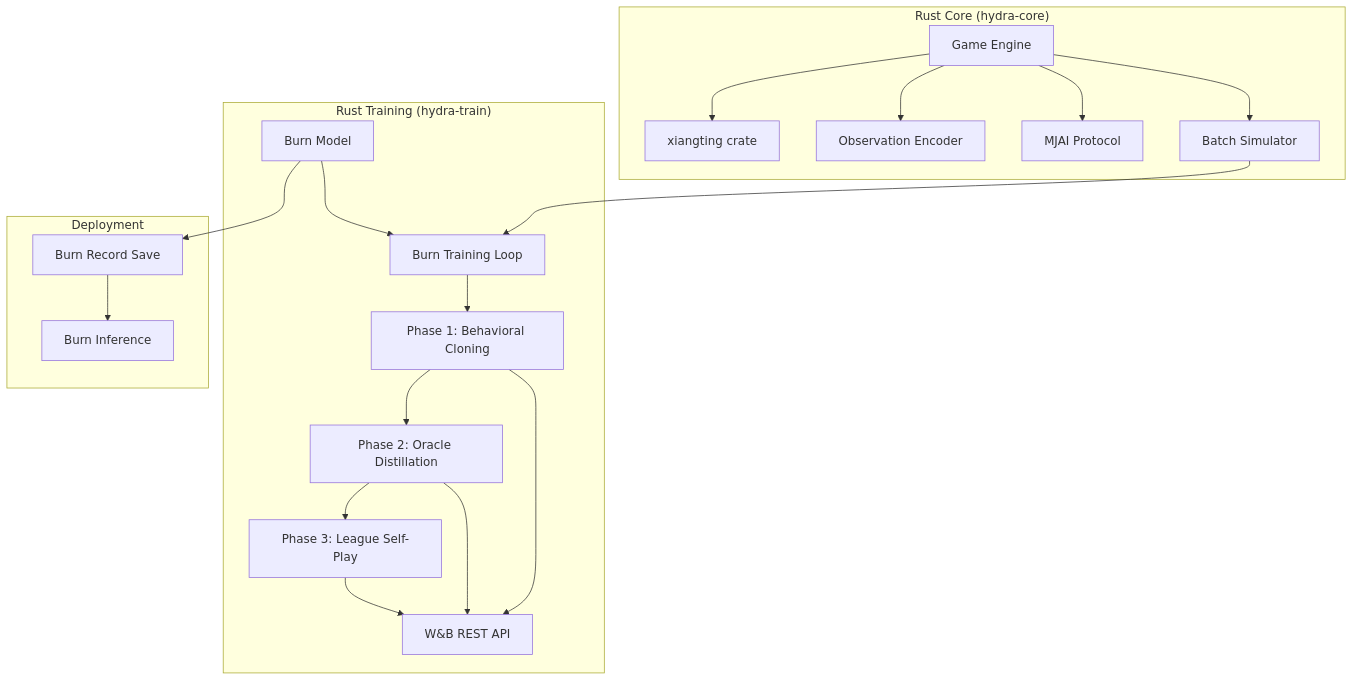
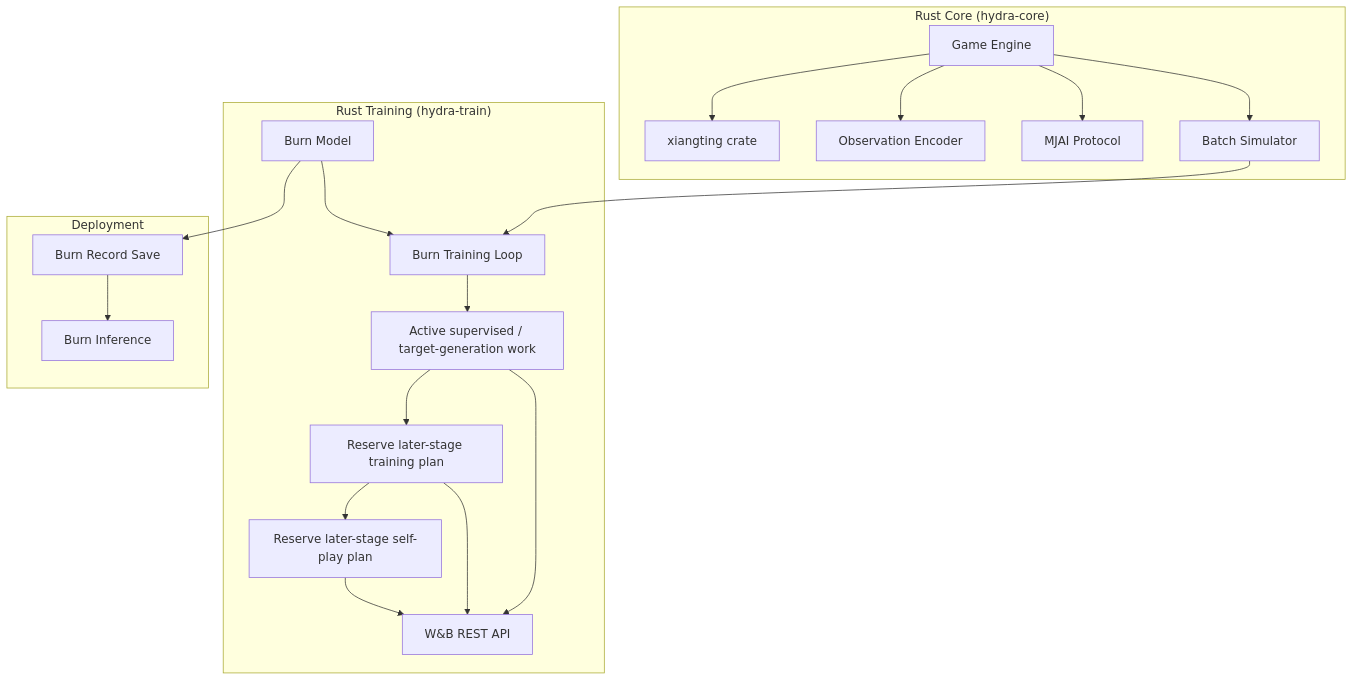
Before and after one commit to NikkeTryHard/hydra: the first of 7 diagrams in research/infrastructure/INFRASTRUCTURE.md, drawn with Mermaid. The commit also changed other lines of this file and 2 other files, not shown here.

````diff
--- a/research/infrastructure/INFRASTRUCTURE.md
+++ b/research/infrastructure/INFRASTRUCTURE.md
@@ -27,39 +30,39 @@
 ```mermaid
 graph TB
     subgraph "Rust Core (hydra-core)"
         ENGINE[Game Engine]
         SHANTEN[xiangting crate]
         ENCODER[Observation Encoder]
         MJAI[MJAI Protocol]
         SIM[Batch Simulator]
     end
 
     subgraph "Rust Training (hydra-train)"
         MODEL[Burn Model]
         LOOP[Burn Training Loop]
-        P1[Phase 1: Behavioral Cloning]
-        P2[Phase 2: Oracle Distillation]
-        P3[Phase 3: League Self-Play]
+        P1[Active supervised / target-generation work]
+        P2[Reserve later-stage training plan]
+        P3[Reserve later-stage self-play plan]
         WANDB[W&B REST API]
     end
 
     subgraph "Deployment"
         RECORD[Burn Record Save]
         INFER[Burn Inference]
     end
 
     ENGINE --> SHANTEN
     ENGINE --> ENCODER
     ENGINE --> MJAI
     ENGINE --> SIM
     SIM --> LOOP
     MODEL --> LOOP
     LOOP --> P1
     P1 --> P2
     P2 --> P3
     P1 --> WANDB
     P2 --> WANDB
     P3 --> WANDB
     MODEL --> RECORD
     RECORD --> INFER
 ```
````
